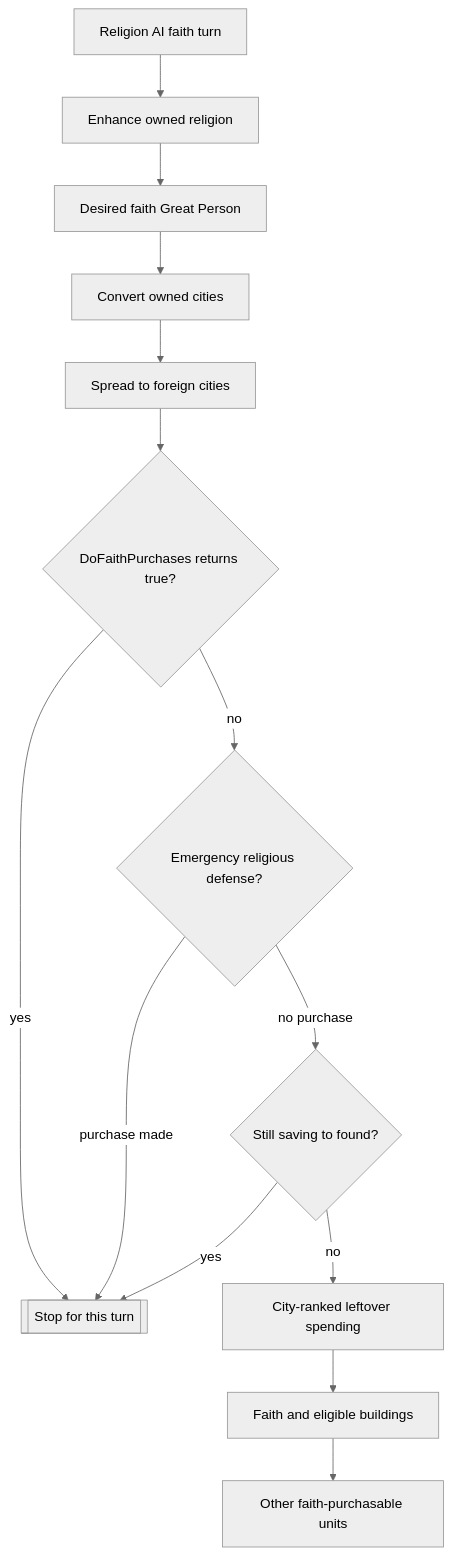
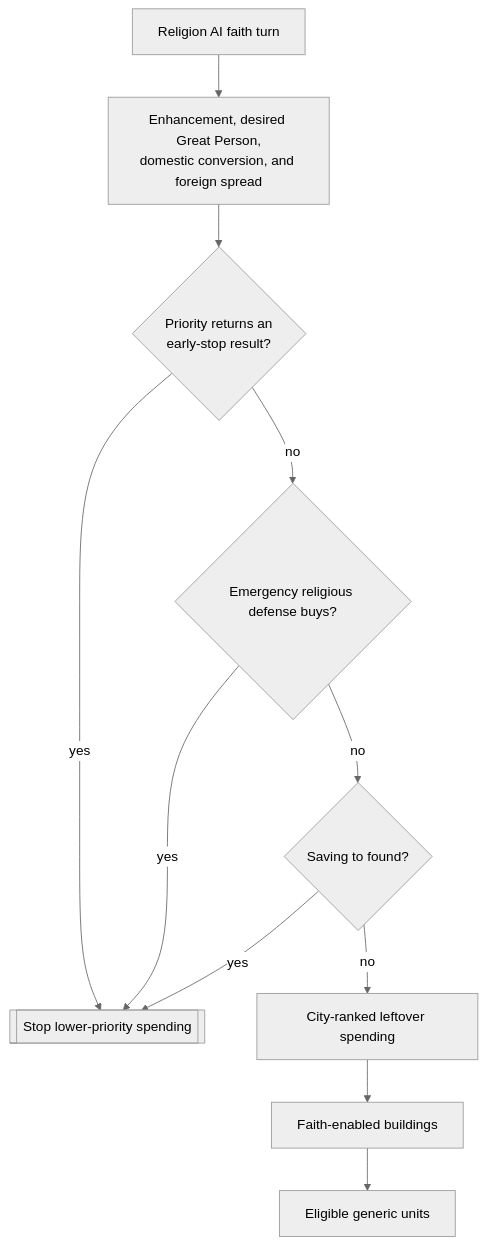
The third of 3 diagrams in docs/developers/civ5-dll/unit-ai/acquisition.md (vox-deorum/vox-deorum), drawn with Mermaid (neutral theme) before and after one commit. The commit also changed other lines of this file and 12 other files, not shown here.

````diff
--- a/docs/developers/civ5-dll/unit-ai/acquisition.md
+++ b/docs/developers/civ5-dll/unit-ai/acquisition.md
@@ -128,29 +110,13 @@
 ```mermaid
 flowchart TD
-    F[Religion AI faith turn]
-    E[Enhance owned religion]
-    G[Desired faith Great Person]
-    H[Convert owned cities]
-    X[Spread to foreign cities]
-    P{DoFaithPurchases returns true?}
-    D{Emergency religious defense?}
-    S{Still saving to found?}
-    L[City-ranked leftover spending]
-    B[Faith and eligible buildings]
-    U[Other faith-purchasable units]
-    Z[[Stop for this turn]]
-
-    F --> E
-    E --> G
-    G --> H
-    H --> X
-    X --> P
-    P -->|yes| Z
-    P -->|no| D
-    D -->|purchase made| Z
-    D -->|no purchase| S
+    F[Religion AI faith turn] --> H[Enhancement, desired Great Person,<br/>domestic conversion, and foreign spread]
+    H --> P{Priority returns an<br/>early-stop result?}
+    P -->|yes| Z[[Stop lower-priority spending]]
+    P -->|no| D{Emergency religious defense buys?}
+    D -->|yes| Z
+    D -->|no| S{Saving to found?}
     S -->|yes| Z
-    S -->|no| L
-    L --> B
-    B --> U
+    S -->|no| L[City-ranked leftover spending]
+    L --> B[Faith-enabled buildings]
+    B --> U[Eligible generic units]
 ```
````
